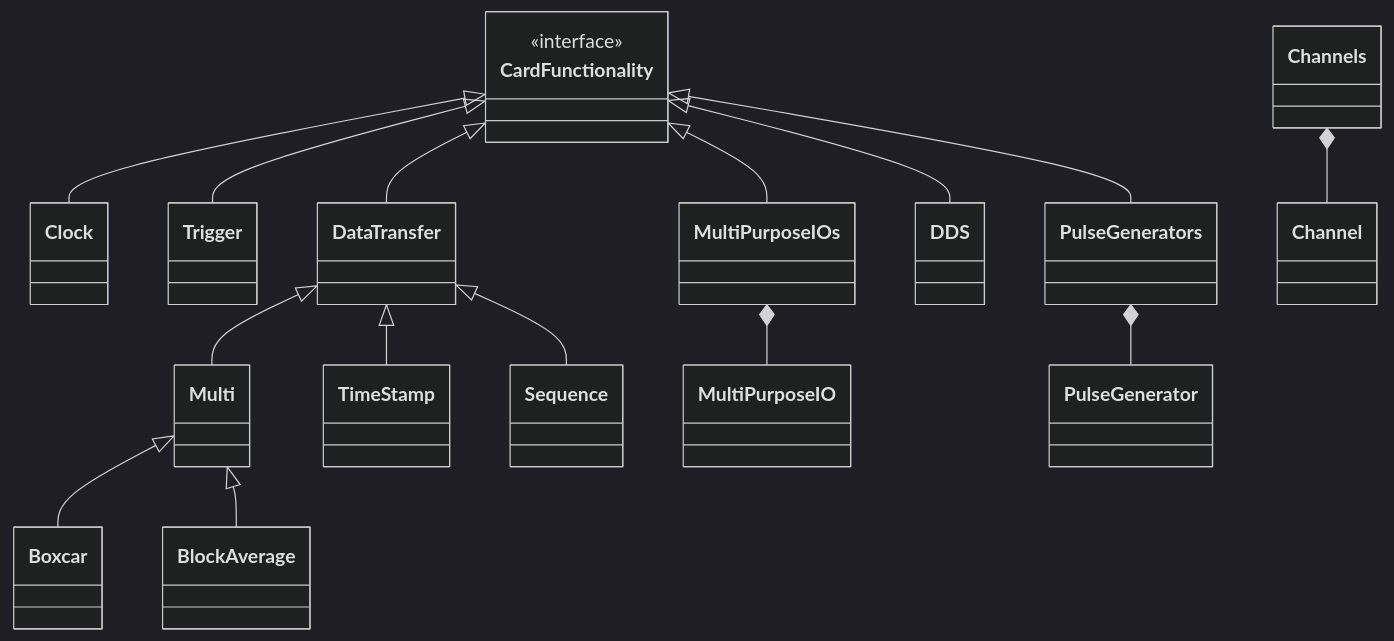
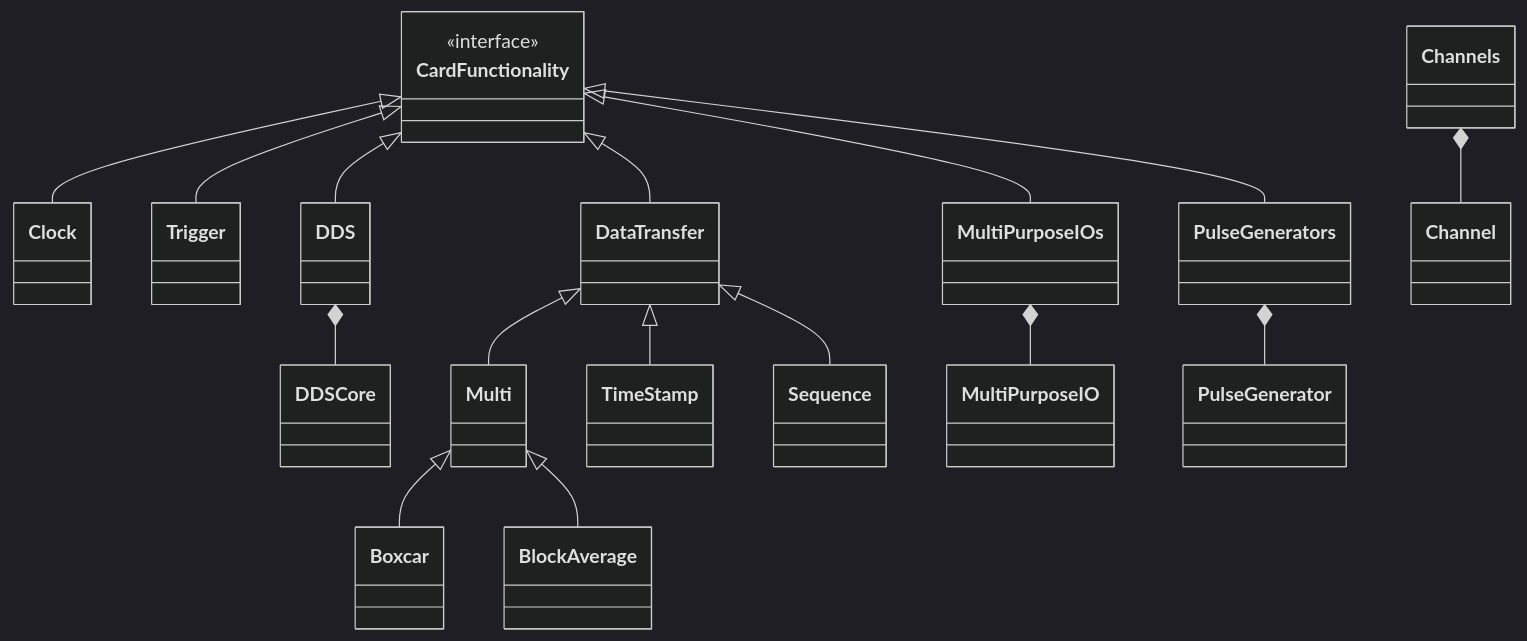
The second of 4 diagrams in src/spcm/README.md (SpectrumInstrumentation/spcm), drawn with Mermaid (dark theme) before and after one commit. The commit also changed other lines of this file, not shown here.

Commit message:
Added DDSCore to the class diagram

````diff
--- a/src/spcm/README.md
+++ b/src/spcm/README.md
@@ -63,32 +64,34 @@
 ```mermaid
 
 classDiagram
   class CardFunctionality
   <<interface>> CardFunctionality
   class Channels
   class Clock
   class Trigger
   class MultiPurposeIOs
   class DataTransfer
   class DDS
+  class DDSCore
   class PulseGenerators
   class Multi
   class TimeStamp
   class Sequence
   class Boxcar
   class BlockAverage
   CardFunctionality <|-- Clock
   CardFunctionality <|-- Trigger
   CardFunctionality <|-- MultiPurposeIOs
   CardFunctionality <|-- DataTransfer
   CardFunctionality <|-- DDS
   CardFunctionality <|-- PulseGenerators
   DataTransfer <|-- Multi
   DataTransfer <|-- TimeStamp
   DataTransfer <|-- Sequence
   Multi <|-- Boxcar
   Multi <|-- BlockAverage
   Channels *-- Channel
   MultiPurposeIOs *-- MultiPurposeIO
   PulseGenerators *-- PulseGenerator
+  DDS *-- DDSCore
 ```
````
